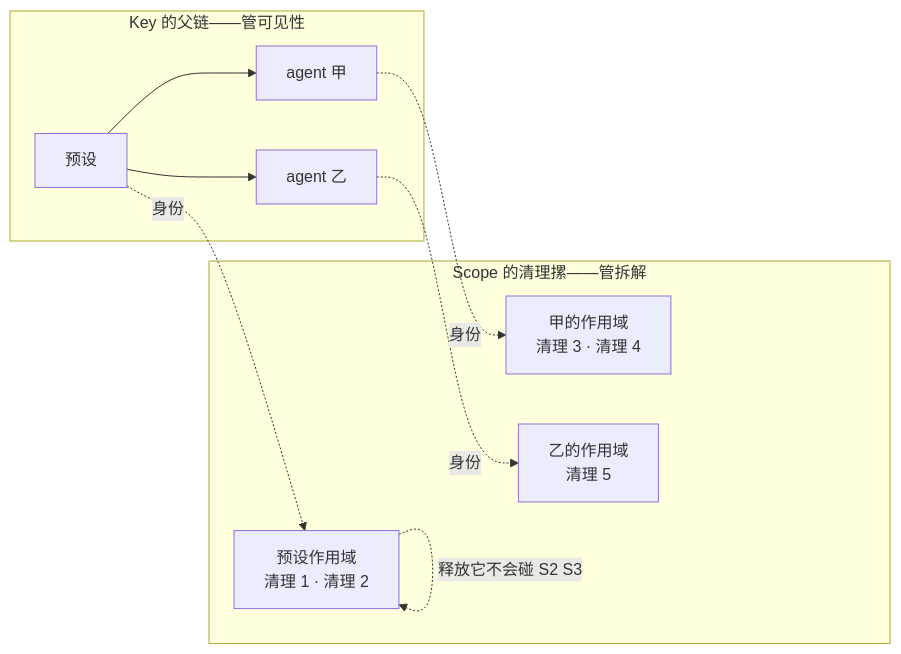
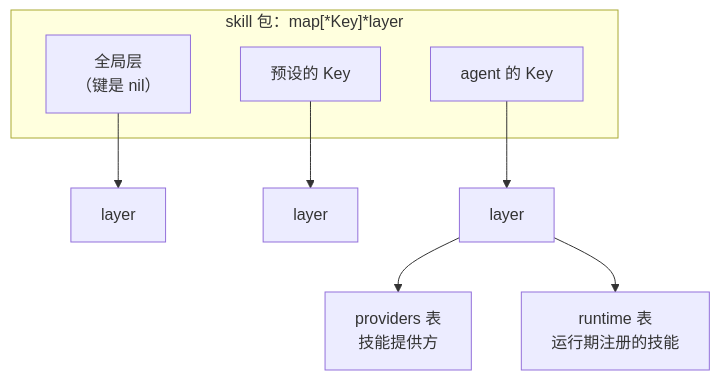
Before and after one commit to snight1983/ds-harness-go: the third of 8 diagrams in docs/modules/core-scope.md, drawn with Mermaid. The commit also changed other lines of this file and 195 other files, not shown here.

````diff
--- a/docs/modules/core-scope.md
+++ b/docs/modules/core-scope.md
@@ -125,19 +61,13 @@
 ```mermaid
-flowchart LR
-    subgraph 链上["Key 的父链——管可见性"]
-        P1["预设"] --> A1["agent 甲"]
-        P1 --> A2["agent 乙"]
-    end
-
-    subgraph 摞上["Scope 的清理摞——管拆解"]
-        S1["预设作用域<br/>清理 1 · 清理 2"]
-        S2["甲的作用域<br/>清理 3 · 清理 4"]
-        S3["乙的作用域<br/>清理 5"]
-    end
-
-    P1 -.->|"身份"| S1
-    A1 -.->|"身份"| S2
-    A2 -.->|"身份"| S3
-
-    S1 -.->|"释放它不会碰 S2 S3"| S1
+graph TD
+  subgraph MAP["skill 包：map[*Key]*layer"]
+    G["全局层<br/>（键是 nil）"]
+    P["预设的 Key"]
+    A["agent 的 Key"]
+  end
+  G --> GL["layer"]
+  P --> PL["layer"]
+  A --> AL["layer"]
+  AL --> E1["providers 表<br/>技能提供方"]
+  AL --> E2["runtime 表<br/>运行期注册的技能"]
 ```
````
